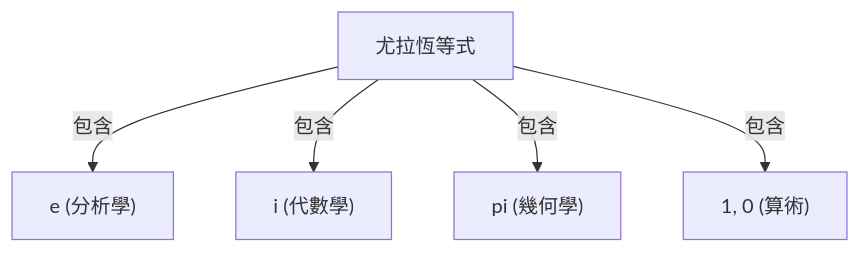
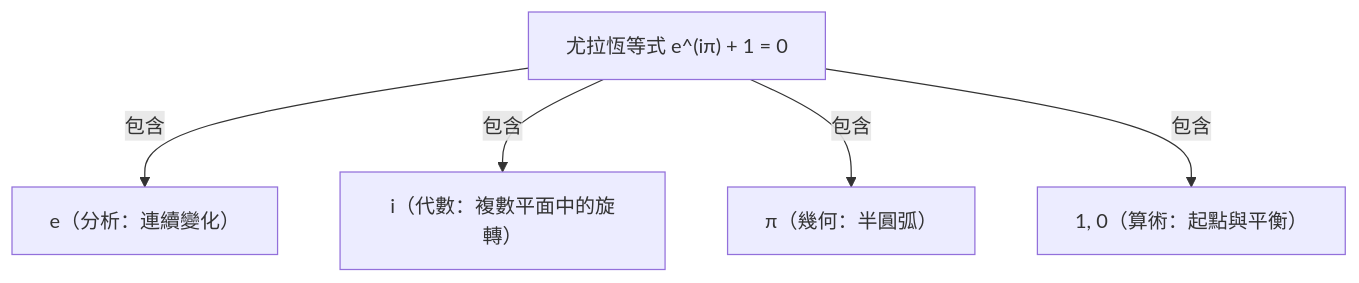
One commit to kenjinote/blog changed the diagram in content/post/eulers-identity/index.zh-tw.md. Above: the diagram before and after it, drawn with Mermaid. The commit also changed other lines of this file and 7 other files, not shown here.

````diff
--- a/content/post/eulers-identity/index.zh-tw.md
+++ b/content/post/eulers-identity/index.zh-tw.md
@@ -31,7 +142,7 @@
 ```mermaid
 graph TD
-    A["尤拉恆等式"] -->|"包含"| B["e (分析學)"]
-    A -->|"包含"| C["i (代數學)"]
-    A -->|"包含"| D["pi (幾何學)"]
-    A -->|"包含"| E["1, 0 (算術)"]
+    A["尤拉恆等式 e^(iπ) + 1 = 0"] -->|"包含"| B["e（分析：連續變化）"]
+    A -->|"包含"| C["i（代數：複數平面中的旋轉）"]
+    A -->|"包含"| D["π（幾何：半圓弧）"]
+    A -->|"包含"| E["1, 0（算術：起點與平衡）"]
 ```
````
